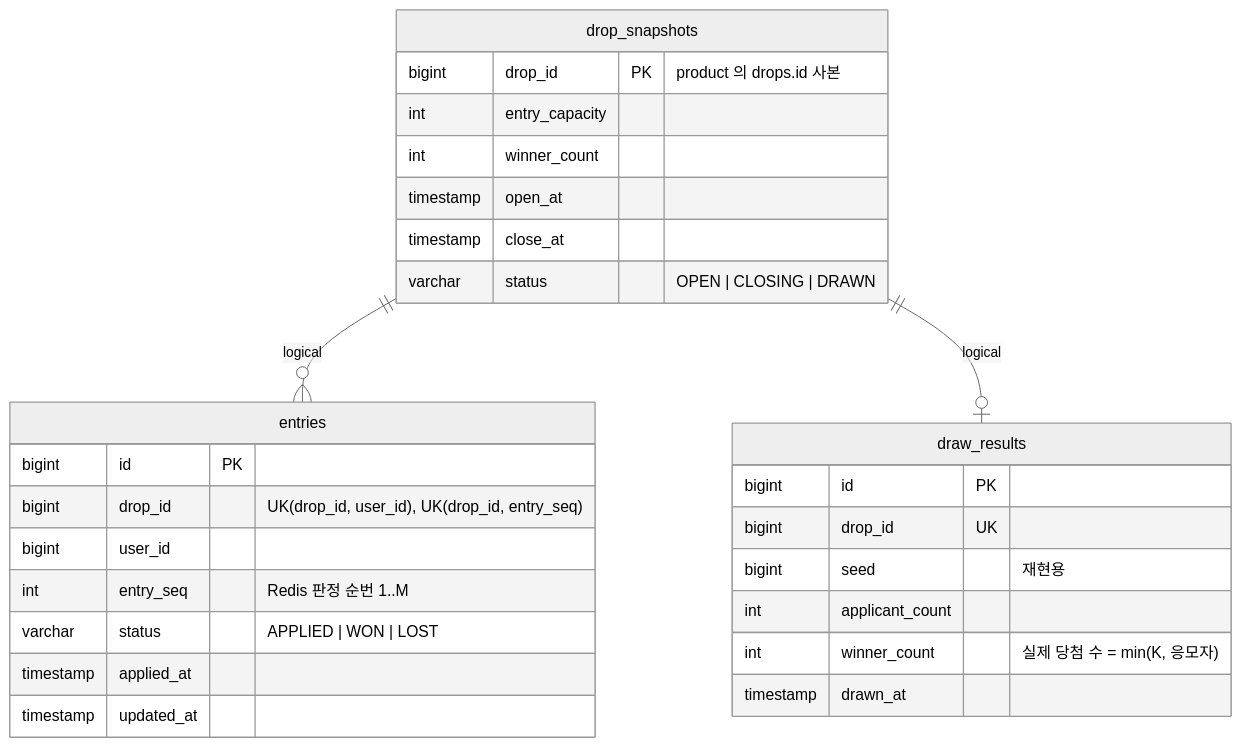
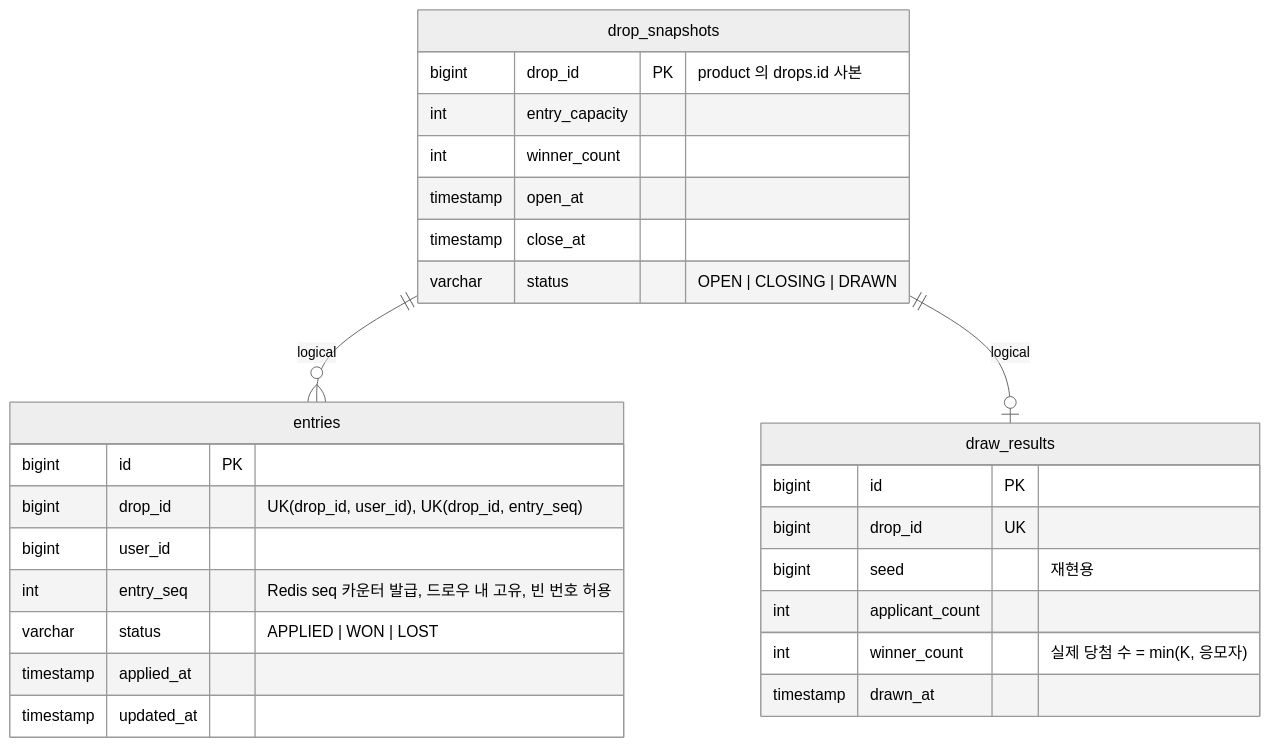
The third of 4 diagrams in docs/design/06-erd/erd.md (dd-jiny/queue-drop), drawn with Mermaid (neutral theme) before and after one commit. The commit also changed other lines of this file and 5 other files, not shown here.

First line of the commit message:
docs: 응모 번호(entrySeq)를 별도 카운터로 발급하도록 변경

````diff
--- a/docs/design/06-erd/erd.md
+++ b/docs/design/06-erd/erd.md
@@ -58,30 +59,30 @@
 ```mermaid
 erDiagram
     drop_snapshots ||--o{ entries : "logical"
     drop_snapshots ||--o| draw_results : "logical"
     drop_snapshots {
         bigint drop_id PK "product 의 drops.id 사본"
         int entry_capacity
         int winner_count
         timestamp open_at
         timestamp close_at
         varchar status "OPEN | CLOSING | DRAWN"
     }
     entries {
         bigint id PK
         bigint drop_id "UK(drop_id, user_id), UK(drop_id, entry_seq)"
         bigint user_id
-        int entry_seq "Redis 판정 순번 1..M"
+        int entry_seq "Redis seq 카운터 발급, 드로우 내 고유, 빈 번호 허용"
         varchar status "APPLIED | WON | LOST"
         timestamp applied_at
         timestamp updated_at
     }
     draw_results {
         bigint id PK
         bigint drop_id UK
         bigint seed "재현용"
         int applicant_count
         int winner_count "실제 당첨 수 = min(K, 응모자)"
         timestamp drawn_at
     }
 ```
````
